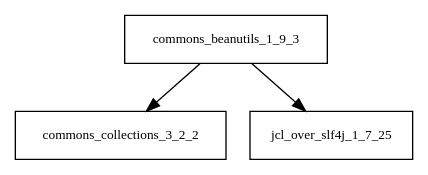
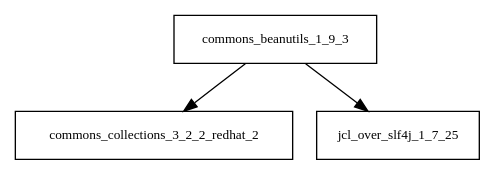
One commit to AglaianWoman/cia changed the diagram in tattleTaleReport/graphviz/commons-beanutils-1.9.3.jar/commons-beanutils-1.9.3.jar.dot. Above: the diagram before and after it, drawn with Graphviz. The commit also changed 1067 other files, not shown here.

```diff
--- a/tattleTaleReport/graphviz/commons-beanutils-1.9.3.jar/commons-beanutils-1.9.3.jar.dot
+++ b/tattleTaleReport/graphviz/commons-beanutils-1.9.3.jar/commons-beanutils-1.9.3.jar.dot
@@ -1,5 +1,5 @@
 digraph commons_beanutils_1_9_3_dependencies {
   node [shape = box, fontsize=10.0];
-  commons_beanutils_1_9_3 -> commons_collections_3_2_2;
+  commons_beanutils_1_9_3 -> commons_collections_3_2_2_redhat_2;
   commons_beanutils_1_9_3 -> jcl_over_slf4j_1_7_25;
 }
```
